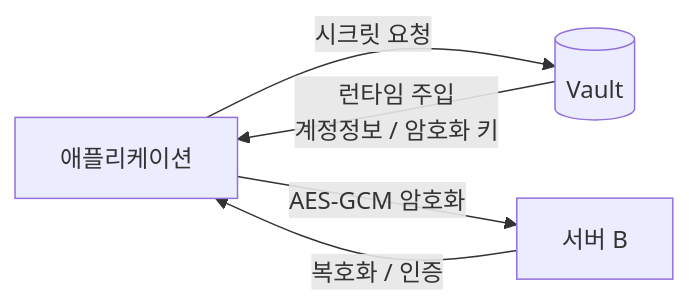
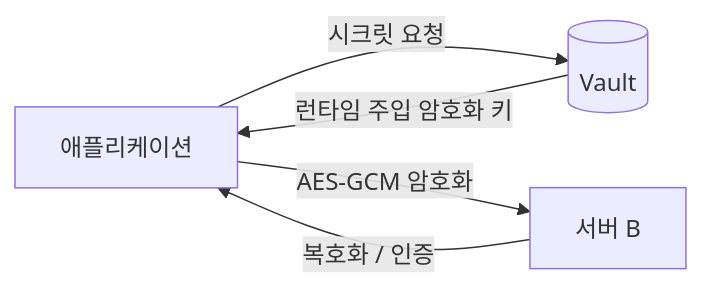
The eighth of 12 diagrams in portfolio/slides_notion.md (kos5667/kos5667.github.io), drawn with Mermaid before and after one commit. The commit also changed other lines of this file and 1 other file, not shown here.

````diff
--- a/portfolio/slides_notion.md
+++ b/portfolio/slides_notion.md
@@ -251,7 +343,7 @@
 ```mermaid
 flowchart LR
     Code[애플리케이션] -->|시크릿 요청| Vault[(Vault)]
-    Vault -->|런타임 주입\n계정정보 / 암호화 키| Code
+    Vault -->|런타임 주입 암호화 키| Code
     Code -->|AES-GCM 암호화| SvcB[서버 B]
     SvcB -->|복호화 / 인증| Code
 ```
````
